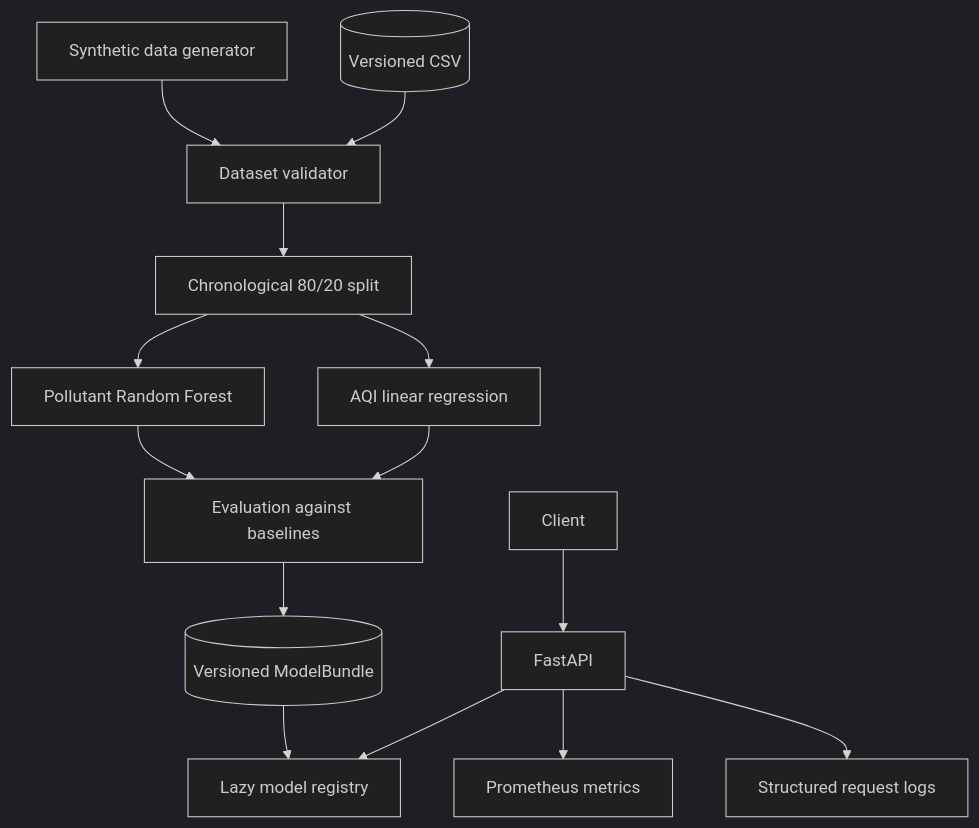
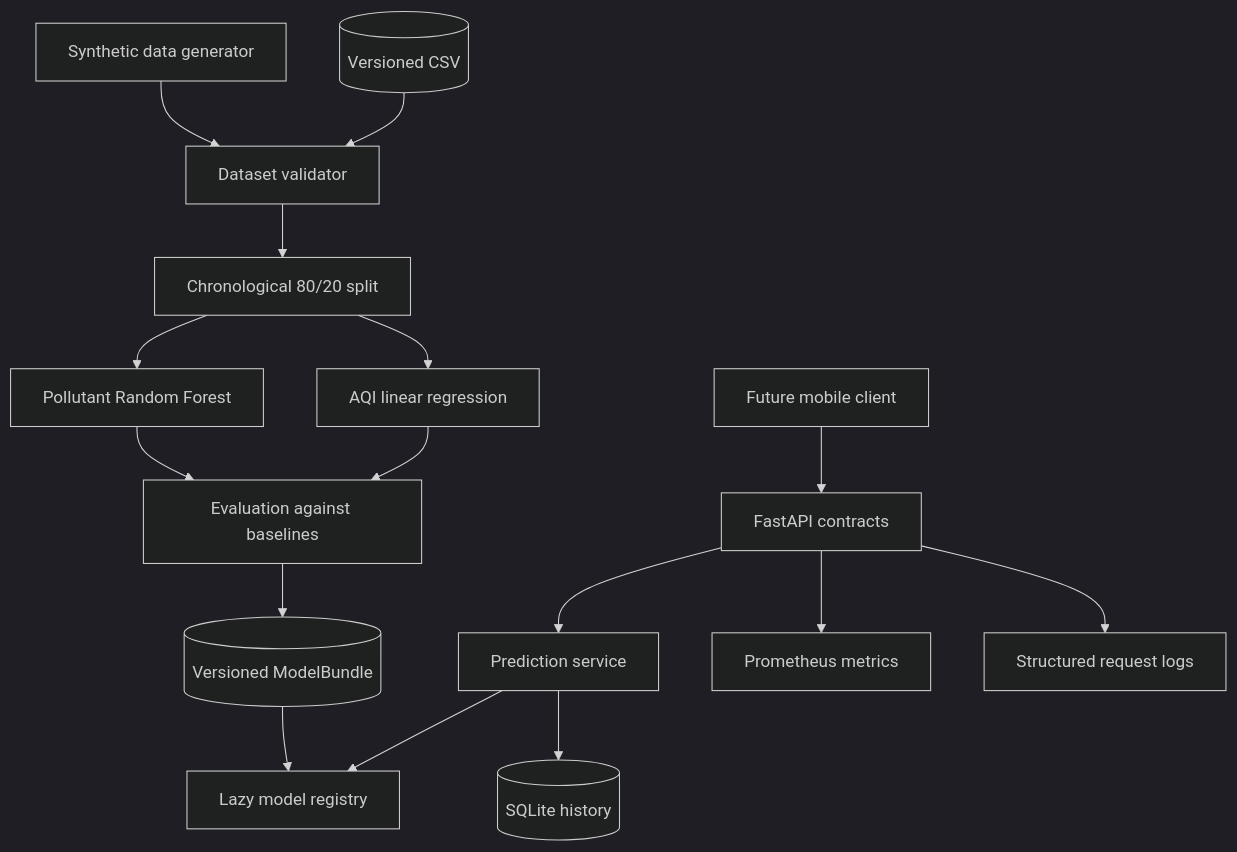
Before and after one commit to abiekaputra/awair: the diagram in docs/architecture.md, drawn with Mermaid (dark theme). The commit also changed other lines of this file and 18 other files, not shown here.

Commit message:
feat: complete AWAIR backend and prediction history

````diff
--- a/docs/architecture.md
+++ b/docs/architecture.md
@@ -5,16 +5,18 @@
 ```mermaid
 flowchart TD
     Generator[Synthetic data generator] --> Contract[Dataset validator]
     CSV[(Versioned CSV)] --> Contract
     Contract --> Split[Chronological 80/20 split]
     Split --> RF[Pollutant Random Forest]
     Split --> LR[AQI linear regression]
     RF --> Eval[Evaluation against baselines]
     LR --> Eval
     Eval --> Bundle[(Versioned ModelBundle)]
     Bundle --> Registry[Lazy model registry]
-    Client --> API[FastAPI]
-    API --> Registry
+    Mobile[Future mobile client] --> API[FastAPI contracts]
+    API --> Service[Prediction service]
+    Service --> Registry
+    Service --> History[(SQLite history)]
     API --> Metrics[Prometheus metrics]
     API --> Logs[Structured request logs]
 ```
````
